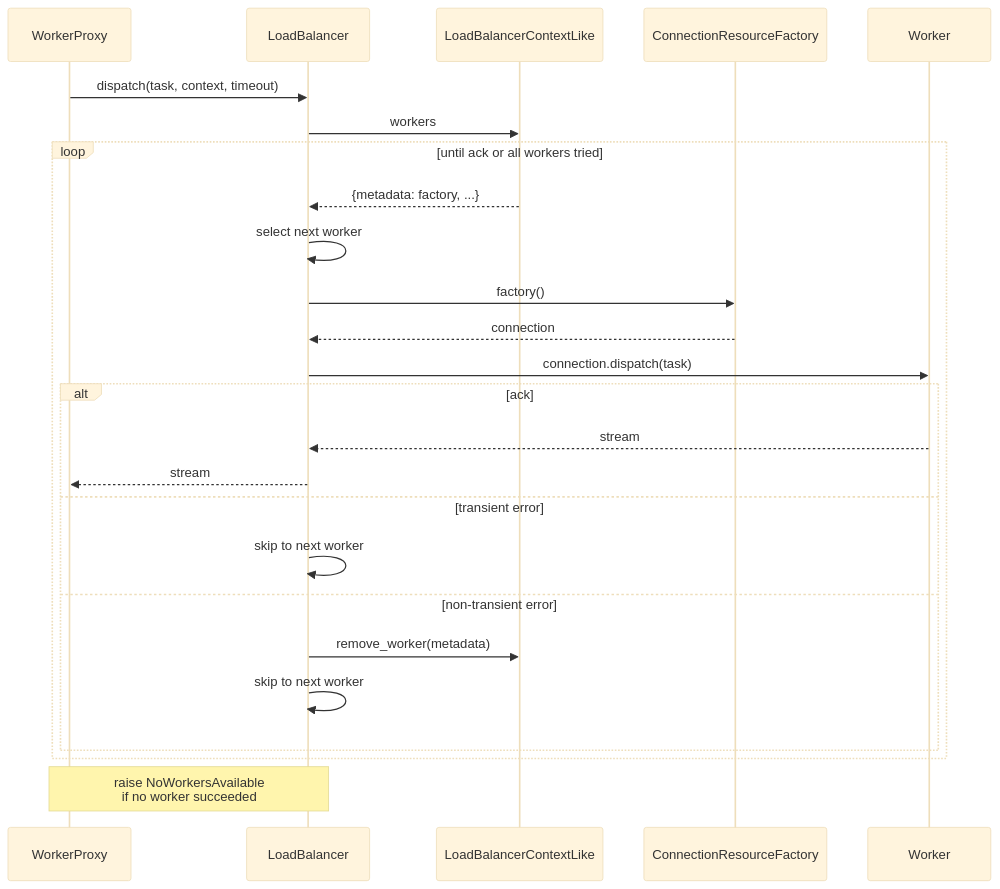
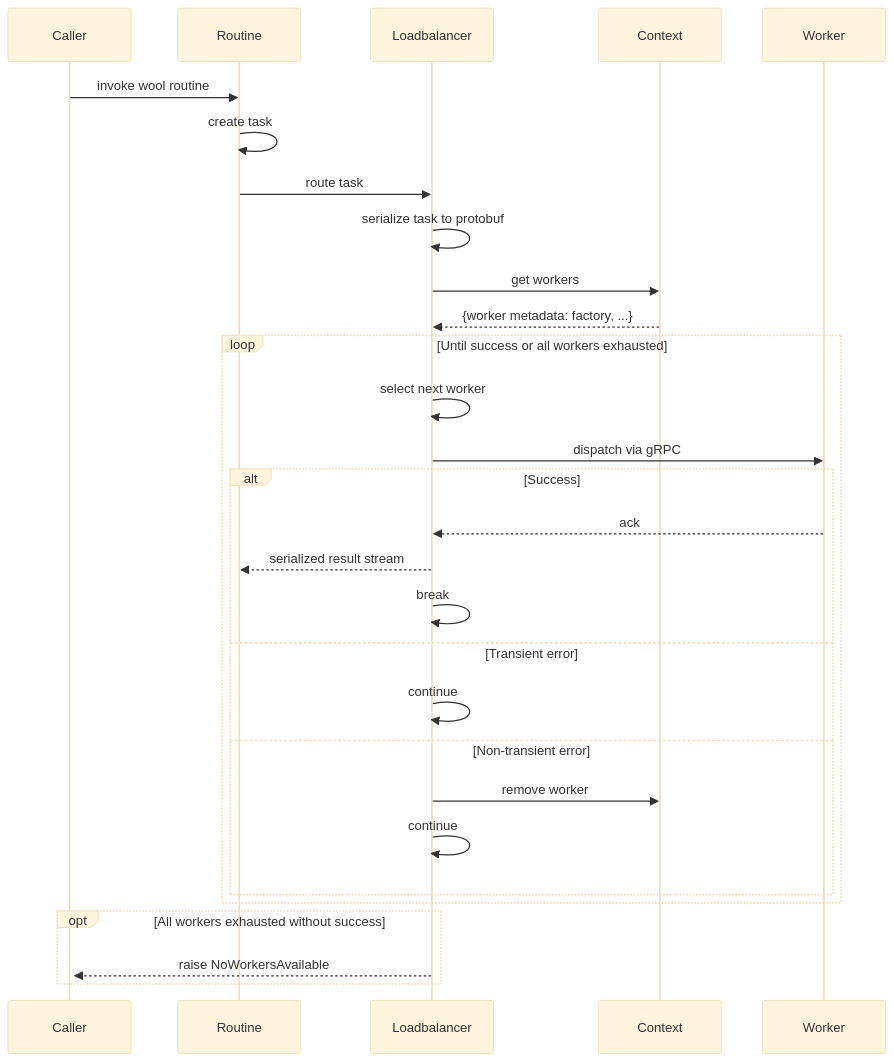
Before and after one commit to wool-labs/wool: the diagram in wool/src/wool/runtime/loadbalancer/README.md, drawn with Mermaid (base theme). The commit also changed other lines of this file and 22 other files, not shown here.

Commit message:
Rename work subpackage to routine; Add README to routine subpackage; Tweak READMEs for discovery and loadbalancer subpackages

````diff
--- a/wool/src/wool/runtime/loadbalancer/README.md
+++ b/wool/src/wool/runtime/loadbalancer/README.md
@@ -115,30 +113,34 @@
 ```mermaid
 sequenceDiagram
-    participant P as WorkerProxy
-    participant LB as LoadBalancer
-    participant Ctx as LoadBalancerContextLike
-    participant CF as ConnectionResourceFactory
-    participant W as Worker
+    participant Caller
+    participant Routine
+    participant Loadbalancer
+    participant Context
+    participant Worker
 
-    P->>LB: dispatch(task, context, timeout)
-    LB->>Ctx: workers
+    Caller ->> Routine: invoke wool routine
+    activate Caller
+    Routine ->> Routine: create task
+    Routine ->> Loadbalancer: route task
+    Loadbalancer ->> Loadbalancer: serialize task to protobuf
+    Loadbalancer ->> Context: get workers
+    Context -->> Loadbalancer: {worker metadata: factory, ...}
 
-    loop until ack or all workers tried
-        Ctx-->>LB: {metadata: factory, ...}
-        LB->>LB: select next worker
-        LB->>CF: factory()
-        CF-->>LB: connection
-        LB->>W: connection.dispatch(task)
-        alt ack
-            W-->>LB: stream
-            LB-->>P: stream
-        else transient error
-            LB->>LB: skip to next worker
-        else non-transient error
-            LB->>Ctx: remove_worker(metadata)
-            LB->>LB: skip to next worker
+    loop Until success or all workers exhausted
+        Loadbalancer ->> Loadbalancer: select next worker
+        Loadbalancer ->> Worker: dispatch via gRPC
+        alt Success
+            Worker -->> Loadbalancer: ack
+            Loadbalancer -->> Routine: serialized result stream
+            Loadbalancer ->> Loadbalancer: break
+        else Transient error
+            Loadbalancer ->> Loadbalancer: continue
+        else Non-transient error
+            Loadbalancer ->> Context: remove worker
+            Loadbalancer ->> Loadbalancer: continue
         end
     end
-
-    Note over LB,P: raise NoWorkersAvailable<br/>if no worker succeeded
+    opt All workers exhausted without success
+        Loadbalancer -->> Caller: raise NoWorkersAvailable
+    end
 ```
````
